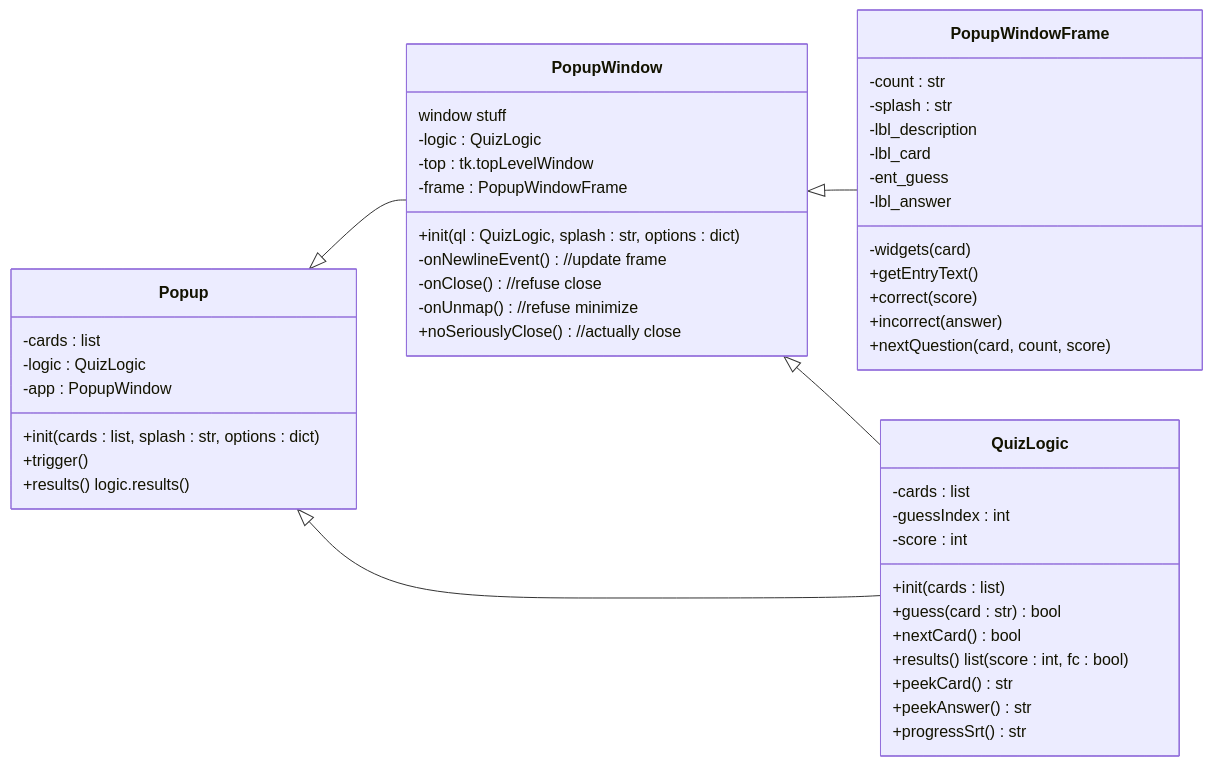
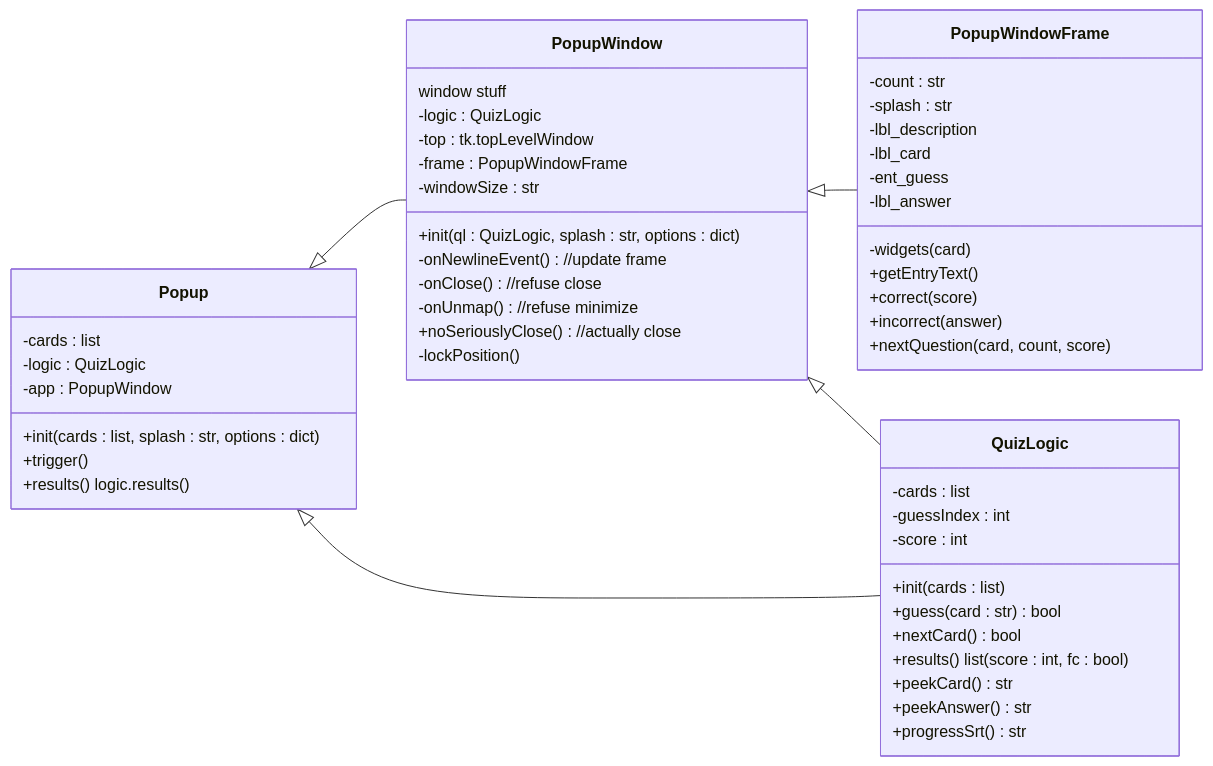
The first of 4 diagrams in docs/classdiagram.md (24adamcho/sudden-flash-card-event), drawn with Mermaid before and after one commit. The commit also changed other lines of this file, not shown here.

Commit message:
class specification update

````diff
--- a/docs/classdiagram.md
+++ b/docs/classdiagram.md
@@ -4,57 +4,59 @@
 ```mermaid
 classDiagram
 direction LR
     class QuizLogic{
         -cards : list
         -guessIndex : int
         -score : int
 
         +init(cards : list)
         +guess(card : str) bool
         +nextCard() bool
         +results() list (score : int, fc : bool)
         +peekCard() str
         +peekAnswer() str
         +progressSrt() str
     }
     class PopupWindow{
         window stuff
         -logic : QuizLogic
         -top : tk.topLevelWindow
         -frame : PopupWindowFrame
+        -windowSize : str
 
         +init(ql : QuizLogic, splash : str, options : dict)
         -onNewlineEvent() //update frame
         -onClose() //refuse close
         -onUnmap() //refuse minimize
         +noSeriouslyClose() //actually close
+        -lockPosition()
     }
     class PopupWindowFrame{
         -count : str
         -splash : str
 
         -lbl_description
         -lbl_card
         -ent_guess
         -lbl_answer
         -widgets(card)
 
         +getEntryText()
         +correct(score)
         +incorrect(answer)
         +nextQuestion(card, count, score)
     }
     class Popup{
         -cards : list
         -logic : QuizLogic
         -app : PopupWindow
         +init(cards : list, splash : str, options : dict)
         +trigger()
         +results() logic.results()
     }
 
     Popup <|-- PopupWindow
     PopupWindow <|-- PopupWindowFrame
     PopupWindow <|-- QuizLogic
     Popup <|-- QuizLogic
 ```
````
